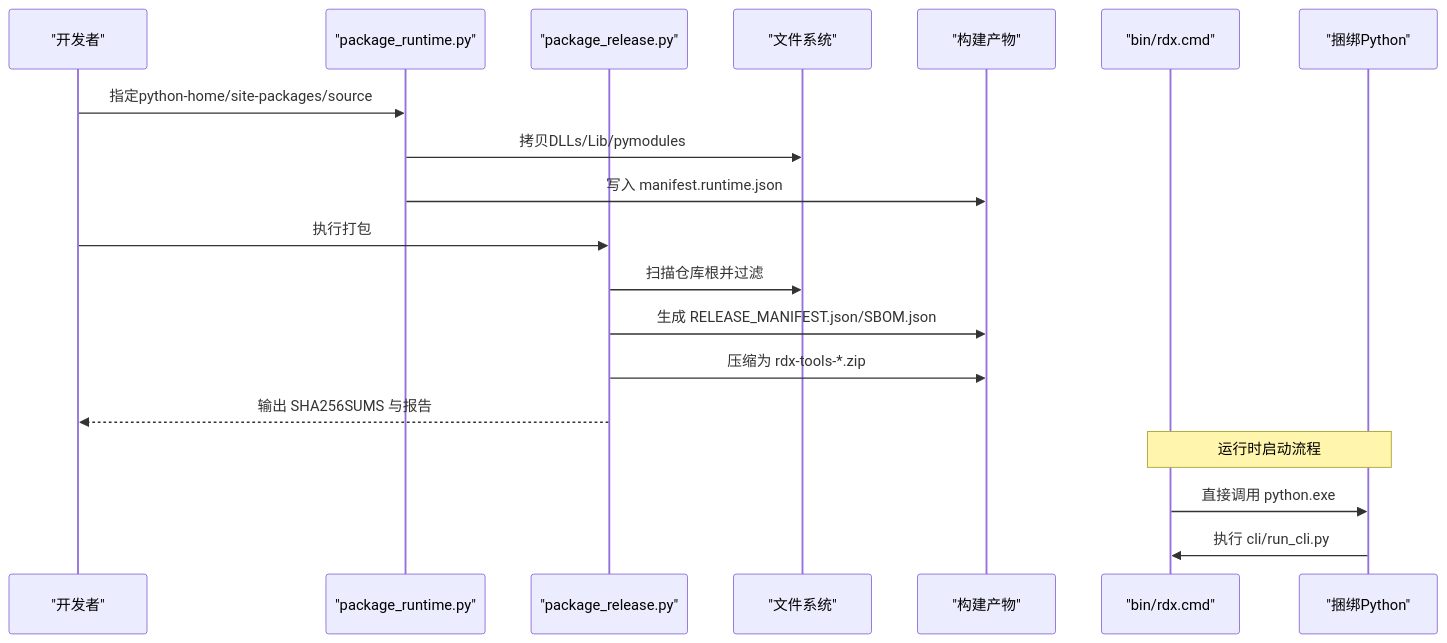
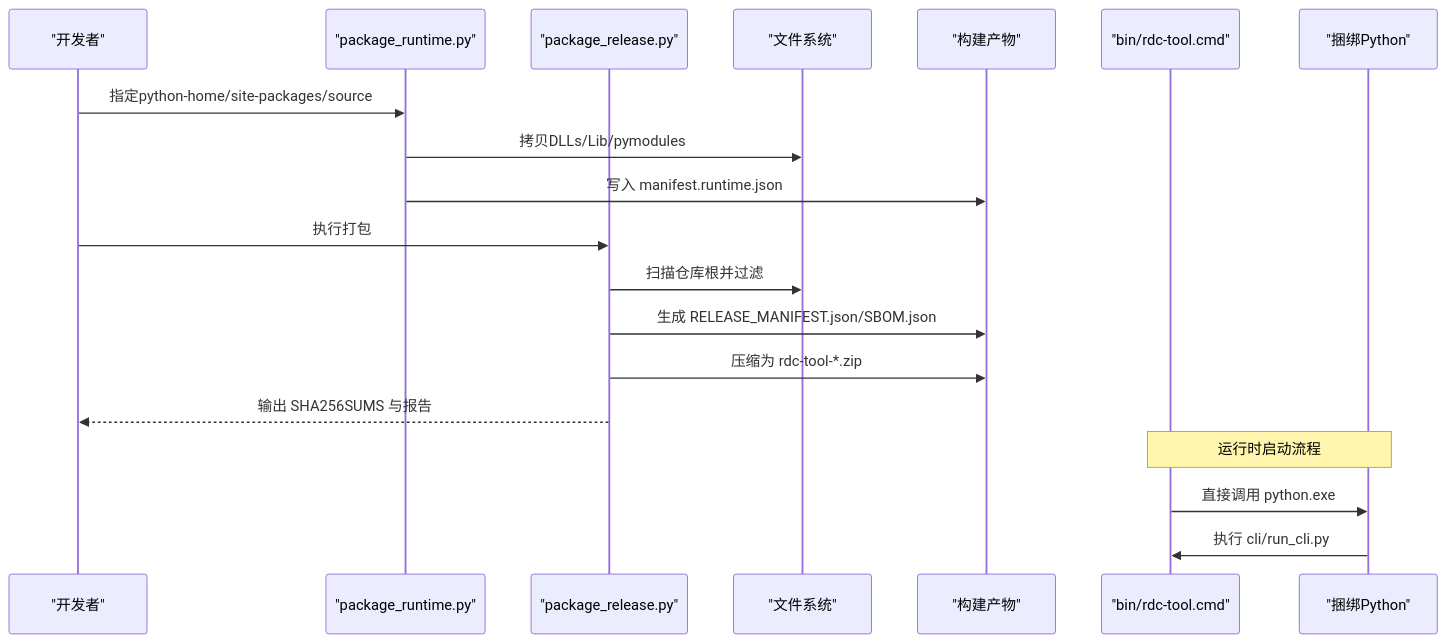
One commit to haolange/RDC-Tool changed the second of 9 diagrams in .qoder/repowiki/zh/content/部署和发布/构建系统.md. Above: the diagram before and after it, drawn with Mermaid. The commit also changed other lines of this file and 388 other files, not shown here.

First line of the commit message:
Release RDC-Tool identity and public maintenance surface

````diff
--- a/.qoder/repowiki/zh/content/部署和发布/构建系统.md
+++ b/.qoder/repowiki/zh/content/部署和发布/构建系统.md
@@ -117,21 +117,21 @@
 ```mermaid
 sequenceDiagram
 participant Dev as "开发者"
 participant PR as "package_runtime.py"
 participant PB as "package_release.py"
 participant FS as "文件系统"
 participant OUT as "构建产物"
-participant LA as "bin/rdx.cmd"
+participant LA as "bin/rdc-tool.cmd"
 participant PY as "捆绑Python"
 Dev->>PR : 指定python-home/site-packages/source
 PR->>FS : 拷贝DLLs/Lib/pymodules
 PR->>OUT : 写入 manifest.runtime.json
 Dev->>PB : 执行打包
 PB->>FS : 扫描仓库根并过滤
 PB->>OUT : 生成 RELEASE_MANIFEST.json/SBOM.json
-PB->>OUT : 压缩为 rdx-tools-*.zip
+PB->>OUT : 压缩为 rdc-tool-*.zip
 PB-->>Dev : 输出 SHA256SUMS 与报告
 Note over LA,PY : 运行时启动流程
 LA->>PY : 直接调用 python.exe
 PY->>LA : 执行 cli/run_cli.py
 ```
````
